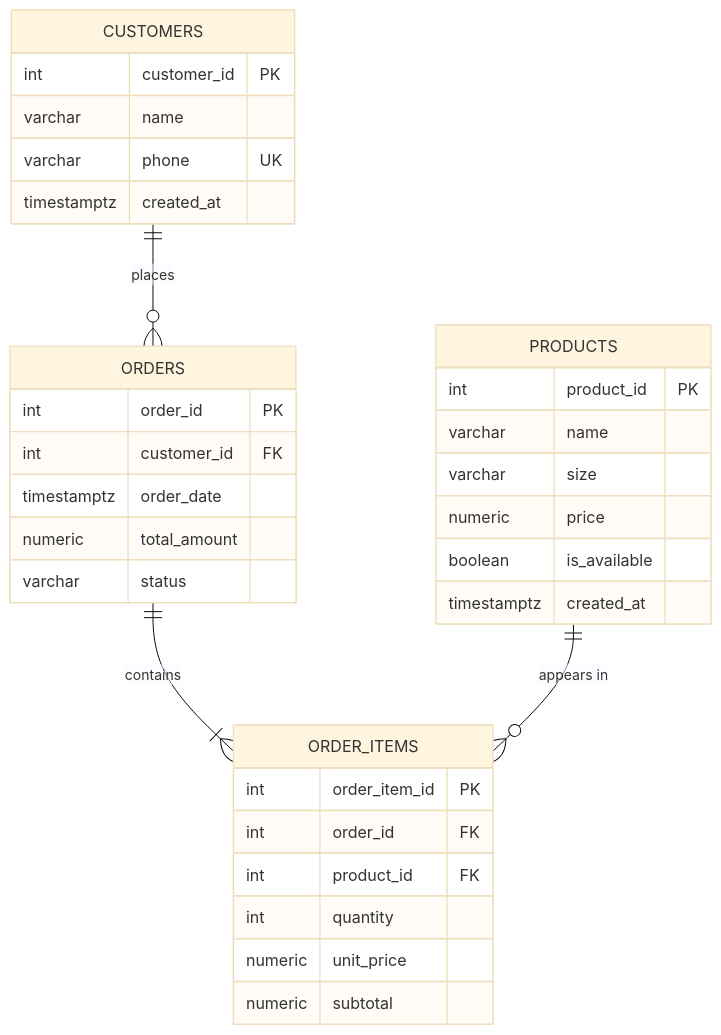
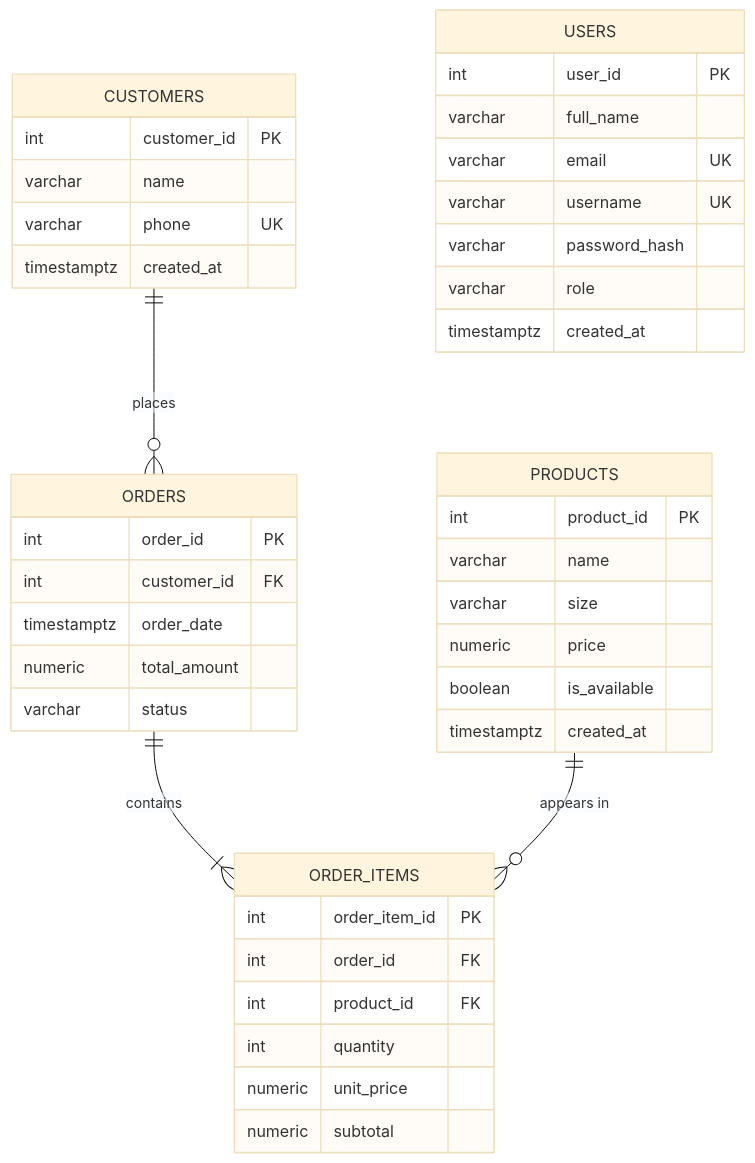
The diagram in docs/04-architecture/database-erd.md (samad-k-shaik/dairycart), drawn with Mermaid (base theme) before and after one commit. The commit also changed other lines of this file and 30 other files, not shown here.

````diff
--- a/docs/04-architecture/database-erd.md
+++ b/docs/04-architecture/database-erd.md
@@ -5,36 +5,45 @@
 ```mermaid
 erDiagram
     CUSTOMERS ||--o{ ORDERS : places
     ORDERS ||--|{ ORDER_ITEMS : contains
     PRODUCTS ||--o{ ORDER_ITEMS : "appears in"
 
     CUSTOMERS {
         int customer_id PK
         varchar name
         varchar phone UK
         timestamptz created_at
     }
     PRODUCTS {
         int product_id PK
         varchar name
         varchar size
         numeric price
         boolean is_available
         timestamptz created_at
     }
     ORDERS {
         int order_id PK
         int customer_id FK
         timestamptz order_date
         numeric total_amount
         varchar status
     }
     ORDER_ITEMS {
         int order_item_id PK
         int order_id FK
         int product_id FK
         int quantity
         numeric unit_price
         numeric subtotal
     }
+    USERS {
+        int user_id PK
+        varchar full_name
+        varchar email UK
+        varchar username UK
+        varchar password_hash
+        varchar role
+        timestamptz created_at
+    }
 ```
````
